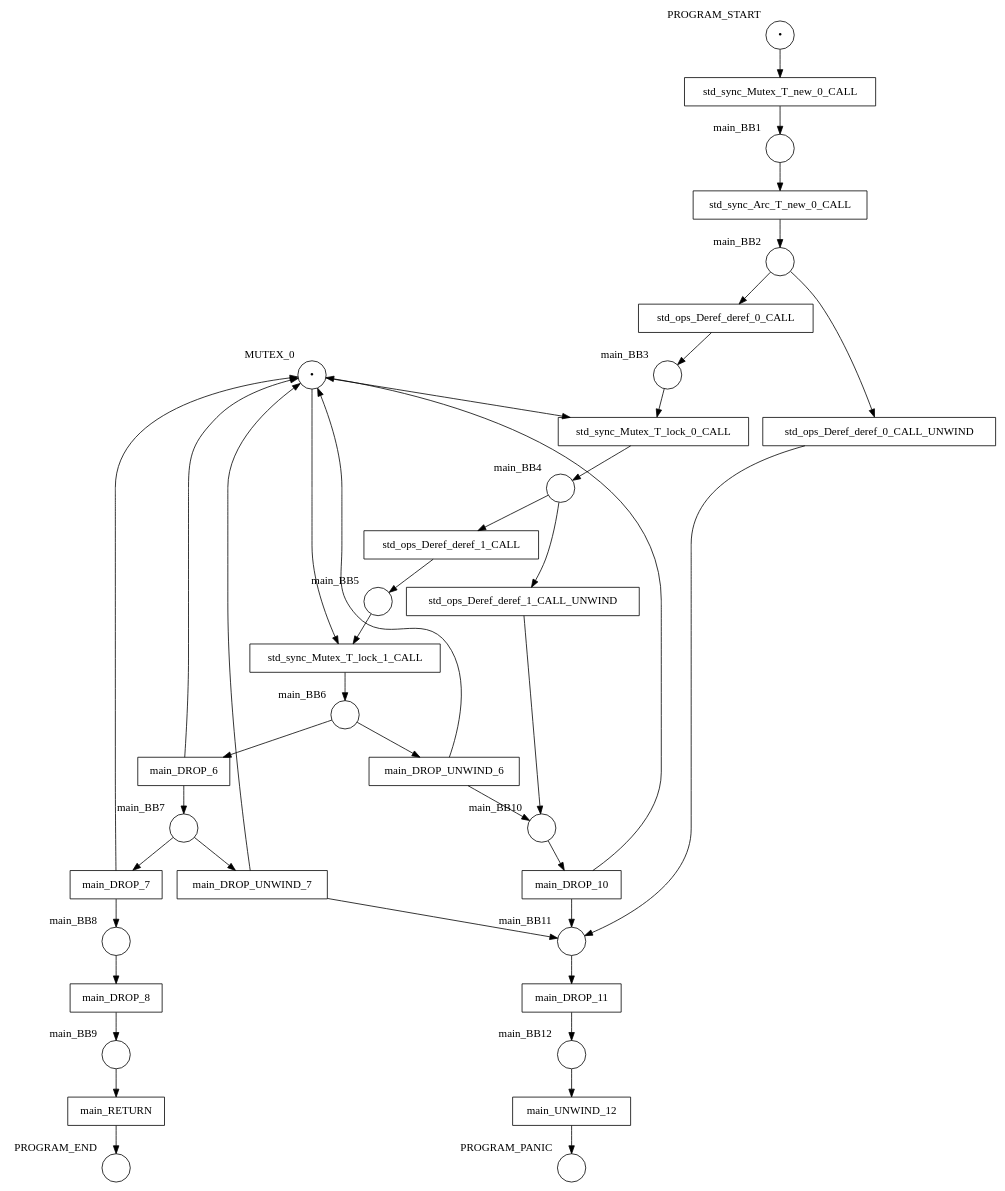
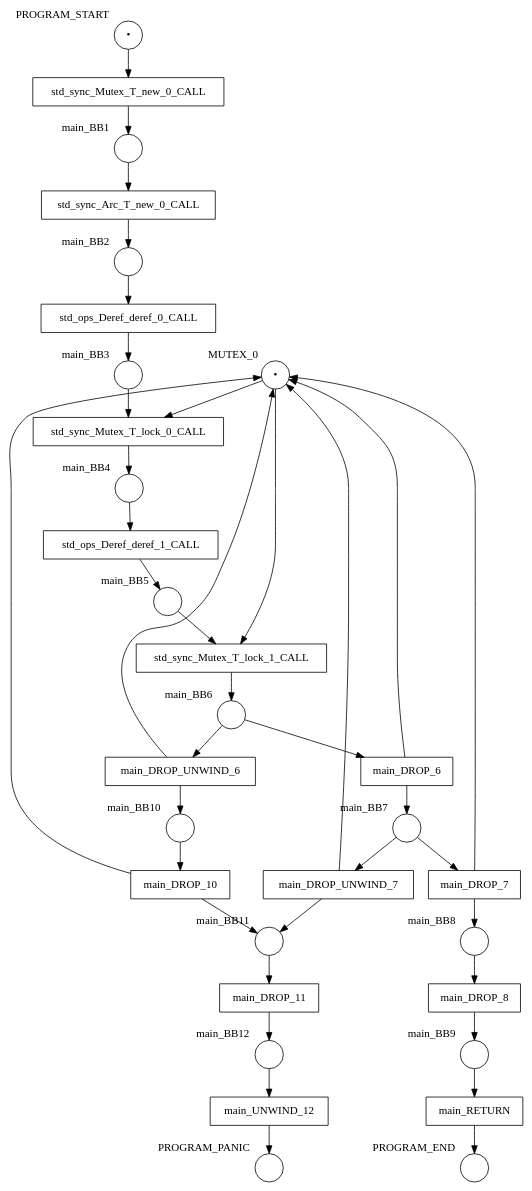
The diagram in examples/results/mutex/double_lock_deadlock_with_arc/net.dot (hlisdero/cargo-check-deadlock), drawn with Graphviz before and after one commit. The commit also changed 22 other files, not shown here.

```diff
--- a/examples/results/mutex/double_lock_deadlock_with_arc/net.dot
+++ b/examples/results/mutex/double_lock_deadlock_with_arc/net.dot
@@ -1,76 +1,70 @@
 digraph petrinet {
     MUTEX_0 [shape="circle" xlabel="MUTEX_0" label="•"];
     PROGRAM_END [shape="circle" xlabel="PROGRAM_END" label=""];
     PROGRAM_PANIC [shape="circle" xlabel="PROGRAM_PANIC" label=""];
     PROGRAM_START [shape="circle" xlabel="PROGRAM_START" label="•"];
     main_BB1 [shape="circle" xlabel="main_BB1" label=""];
     main_BB10 [shape="circle" xlabel="main_BB10" label=""];
     main_BB11 [shape="circle" xlabel="main_BB11" label=""];
     main_BB12 [shape="circle" xlabel="main_BB12" label=""];
     main_BB2 [shape="circle" xlabel="main_BB2" label=""];
     main_BB3 [shape="circle" xlabel="main_BB3" label=""];
     main_BB4 [shape="circle" xlabel="main_BB4" label=""];
     main_BB5 [shape="circle" xlabel="main_BB5" label=""];
     main_BB6 [shape="circle" xlabel="main_BB6" label=""];
     main_BB7 [shape="circle" xlabel="main_BB7" label=""];
     main_BB8 [shape="circle" xlabel="main_BB8" label=""];
     main_BB9 [shape="circle" xlabel="main_BB9" label=""];
     main_DROP_10 [shape="box" xlabel="" label="main_DROP_10"];
     main_DROP_11 [shape="box" xlabel="" label="main_DROP_11"];
     main_DROP_6 [shape="box" xlabel="" label="main_DROP_6"];
     main_DROP_7 [shape="box" xlabel="" label="main_DROP_7"];
     main_DROP_8 [shape="box" xlabel="" label="main_DROP_8"];
     main_DROP_UNWIND_6 [shape="box" xlabel="" label="main_DROP_UNWIND_6"];
     main_DROP_UNWIND_7 [shape="box" xlabel="" label="main_DROP_UNWIND_7"];
     main_RETURN [shape="box" xlabel="" label="main_RETURN"];
     main_UNWIND_12 [shape="box" xlabel="" label="main_UNWIND_12"];
     std_ops_Deref_deref_0_CALL [shape="box" xlabel="" label="std_ops_Deref_deref_0_CALL"];
-    std_ops_Deref_deref_0_CALL_UNWIND [shape="box" xlabel="" label="std_ops_Deref_deref_0_CALL_UNWIND"];
     std_ops_Deref_deref_1_CALL [shape="box" xlabel="" label="std_ops_Deref_deref_1_CALL"];
-    std_ops_Deref_deref_1_CALL_UNWIND [shape="box" xlabel="" label="std_ops_Deref_deref_1_CALL_UNWIND"];
     std_sync_Arc_T_new_0_CALL [shape="box" xlabel="" label="std_sync_Arc_T_new_0_CALL"];
     std_sync_Mutex_T_lock_0_CALL [shape="box" xlabel="" label="std_sync_Mutex_T_lock_0_CALL"];
     std_sync_Mutex_T_lock_1_CALL [shape="box" xlabel="" label="std_sync_Mutex_T_lock_1_CALL"];
     std_sync_Mutex_T_new_0_CALL [shape="box" xlabel="" label="std_sync_Mutex_T_new_0_CALL"];
     MUTEX_0 -> std_sync_Mutex_T_lock_0_CALL;
     MUTEX_0 -> std_sync_Mutex_T_lock_1_CALL;
     PROGRAM_START -> std_sync_Mutex_T_new_0_CALL;
     main_BB1 -> std_sync_Arc_T_new_0_CALL;
     main_BB10 -> main_DROP_10;
     main_BB11 -> main_DROP_11;
     main_BB12 -> main_UNWIND_12;
     main_BB2 -> std_ops_Deref_deref_0_CALL;
-    main_BB2 -> std_ops_Deref_deref_0_CALL_UNWIND;
     main_BB3 -> std_sync_Mutex_T_lock_0_CALL;
     main_BB4 -> std_ops_Deref_deref_1_CALL;
-    main_BB4 -> std_ops_Deref_deref_1_CALL_UNWIND;
     main_BB5 -> std_sync_Mutex_T_lock_1_CALL;
     main_BB6 -> main_DROP_6;
     main_BB6 -> main_DROP_UNWIND_6;
     main_BB7 -> main_DROP_7;
     main_BB7 -> main_DROP_UNWIND_7;
     main_BB8 -> main_DROP_8;
     main_BB9 -> main_RETURN;
     main_DROP_10 -> MUTEX_0;
     main_DROP_10 -> main_BB11;
     main_DROP_11 -> main_BB12;
     main_DROP_6 -> MUTEX_0;
     main_DROP_6 -> main_BB7;
     main_DROP_7 -> MUTEX_0;
     main_DROP_7 -> main_BB8;
     main_DROP_8 -> main_BB9;
     main_DROP_UNWIND_6 -> MUTEX_0;
     main_DROP_UNWIND_6 -> main_BB10;
     main_DROP_UNWIND_7 -> MUTEX_0;
     main_DROP_UNWIND_7 -> main_BB11;
     main_RETURN -> PROGRAM_END;
     main_UNWIND_12 -> PROGRAM_PANIC;
     std_ops_Deref_deref_0_CALL -> main_BB3;
-    std_ops_Deref_deref_0_CALL_UNWIND -> main_BB11;
     std_ops_Deref_deref_1_CALL -> main_BB5;
-    std_ops_Deref_deref_1_CALL_UNWIND -> main_BB10;
     std_sync_Arc_T_new_0_CALL -> main_BB2;
     std_sync_Mutex_T_lock_0_CALL -> main_BB4;
     std_sync_Mutex_T_lock_1_CALL -> main_BB6;
     std_sync_Mutex_T_new_0_CALL -> main_BB1;
 }
```
